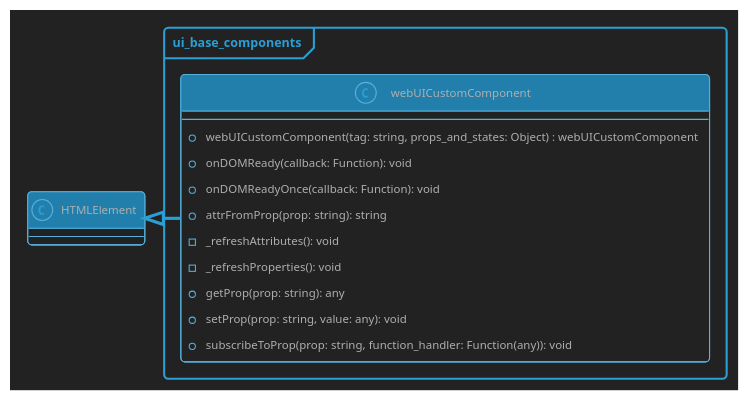
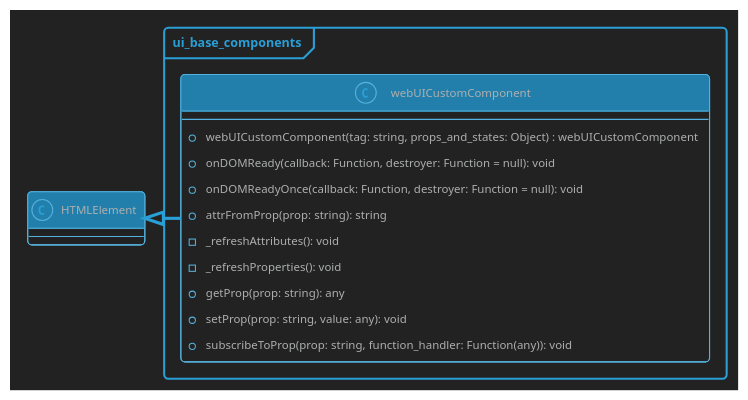
The diagram in docs/ui/web_ui_custom_component.plantuml (Picorims/wav2bar), drawn with PlantUML before and after one commit. The commit also changed 3 other files, not shown here.

```diff
--- a/docs/ui/web_ui_custom_component.plantuml
+++ b/docs/ui/web_ui_custom_component.plantuml
@@ -1,42 +1,42 @@
 @startuml ui_base_components
 
 'Wav2Bar - Free software for creating audio visualization (motion design) videos
 'Copyright (C) 2022  Picorims <picorims.contact@gmail.com>
 
 'This program is free software: you can redistribute it and/or modify
 'it under the terms of the GNU General Public License as published by
 'the Free Software Foundation, either version 3 of the License, or
 'any later version.
 
 'This program is distributed in the hope that it will be useful,
 'but WITHOUT ANY WARRANTY; without even the implied warranty of
 'MERCHANTABILITY or FITNESS FOR A PARTICULAR PURPOSE.  See the
 'GNU General Public License for more details.
 
 'You should have received a copy of the GNU General Public License
 'along with this program.  If not, see <https://www.gnu.org/licenses/>.
 
 !theme cyborg-outline
 skinparam BackgroundColor #222222
 ' skinparam groupInheritance 2
 skinparam PackageStyle frame
 
 class HTMLElement {}
 
 package "ui_base_components" {
     class webUICustomComponent {
         --
         + webUICustomComponent(tag: string, props_and_states: Object) : webUICustomComponent
-        + onDOMReady(callback: Function): void
-        + onDOMReadyOnce(callback: Function): void
+        + onDOMReady(callback: Function, destroyer: Function = null): void
+        + onDOMReadyOnce(callback: Function, destroyer: Function = null): void
         + attrFromProp(prop: string): string
         - _refreshAttributes(): void
         - _refreshProperties(): void
         + getProp(prop: string): any
         + setProp(prop: string, value: any): void
         + subscribeToProp(prop: string, function_handler: Function(any)): void
     }
     HTMLElement <|-right- webUICustomComponent
 }
 
 @enduml
```
